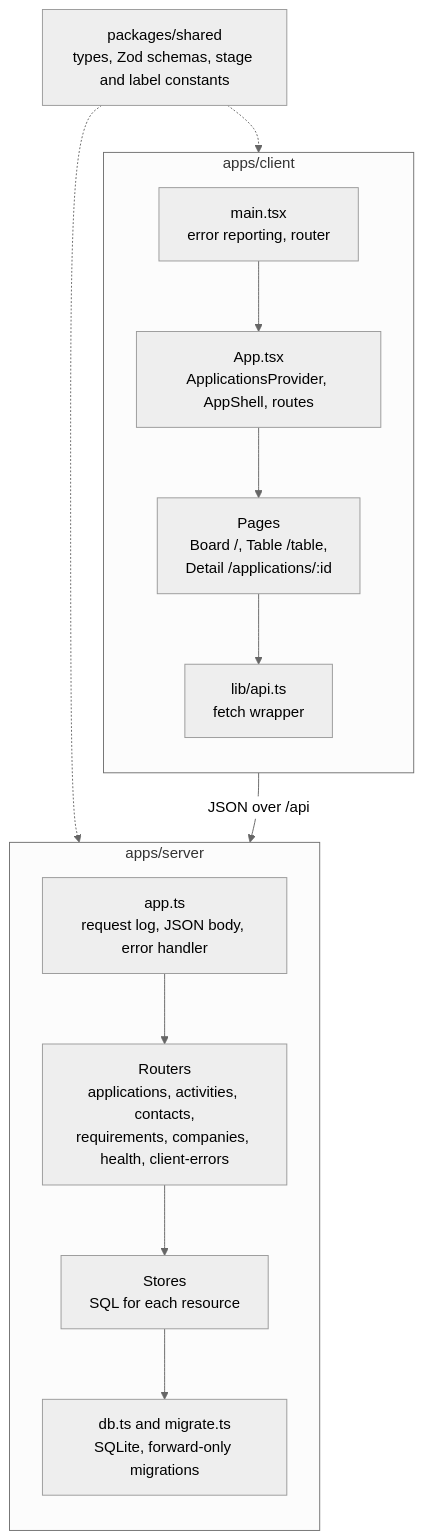
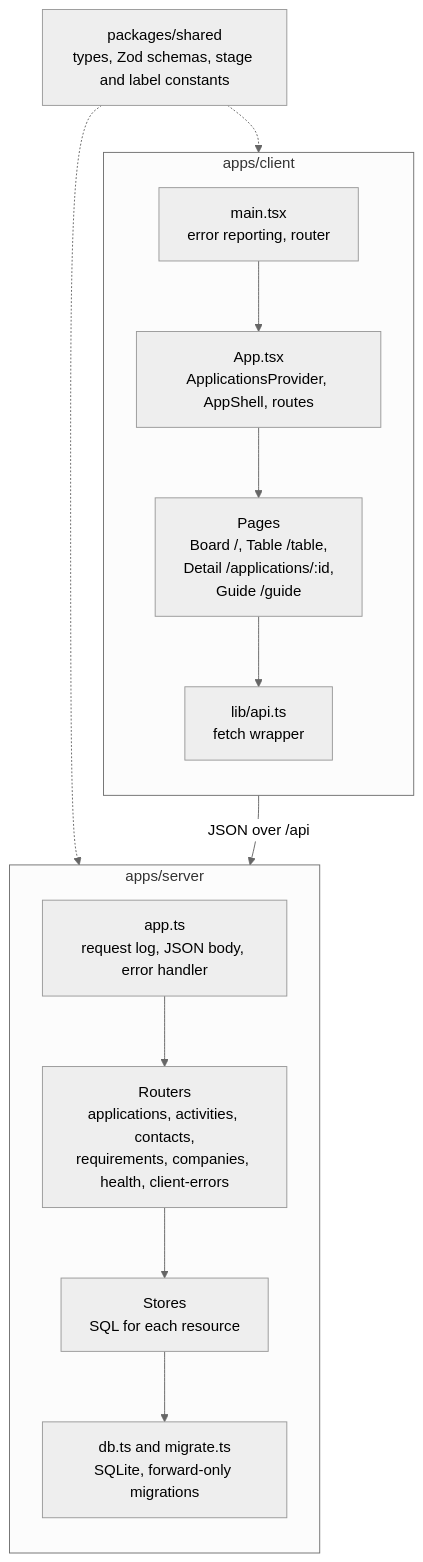
Before and after one commit to gurungsh/job-tracker: the second of 4 diagrams in README.md, drawn with Mermaid (neutral theme). The commit also changed other lines of this file and 2 other files, not shown here.

````diff
--- a/README.md
+++ b/README.md
@@ -92,26 +93,26 @@
 ```mermaid
 flowchart TB
   S["packages/shared<br/>types, Zod schemas, stage and label constants"]
 
   subgraph server["apps/server"]
     direction TB
     APP["app.ts<br/>request log, JSON body, error handler"]
     R["Routers<br/>applications, activities, contacts,<br/>requirements, companies, health, client-errors"]
     ST["Stores<br/>SQL for each resource"]
     D["db.ts and migrate.ts<br/>SQLite, forward-only migrations"]
     APP --> R --> ST --> D
   end
 
   subgraph client["apps/client"]
     direction TB
     M["main.tsx<br/>error reporting, router"]
     A["App.tsx<br/>ApplicationsProvider, AppShell, routes"]
-    P["Pages<br/>Board /, Table /table,<br/>Detail /applications/:id"]
+    P["Pages<br/>Board /, Table /table,<br/>Detail /applications/:id,<br/>Guide /guide"]
     API["lib/api.ts<br/>fetch wrapper"]
     M --> A --> P --> API
   end
 
   API -->|"JSON over /api"| APP
   S -.-> server
   S -.-> client
 ```
````
